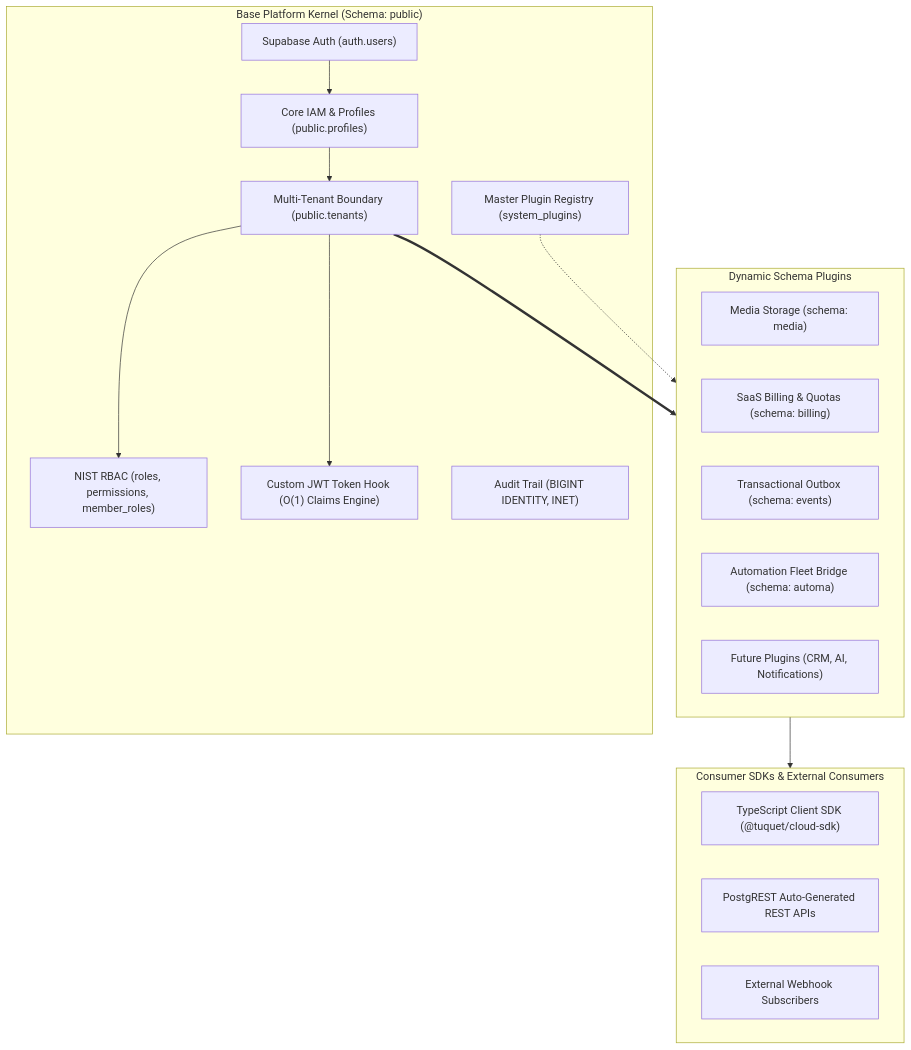
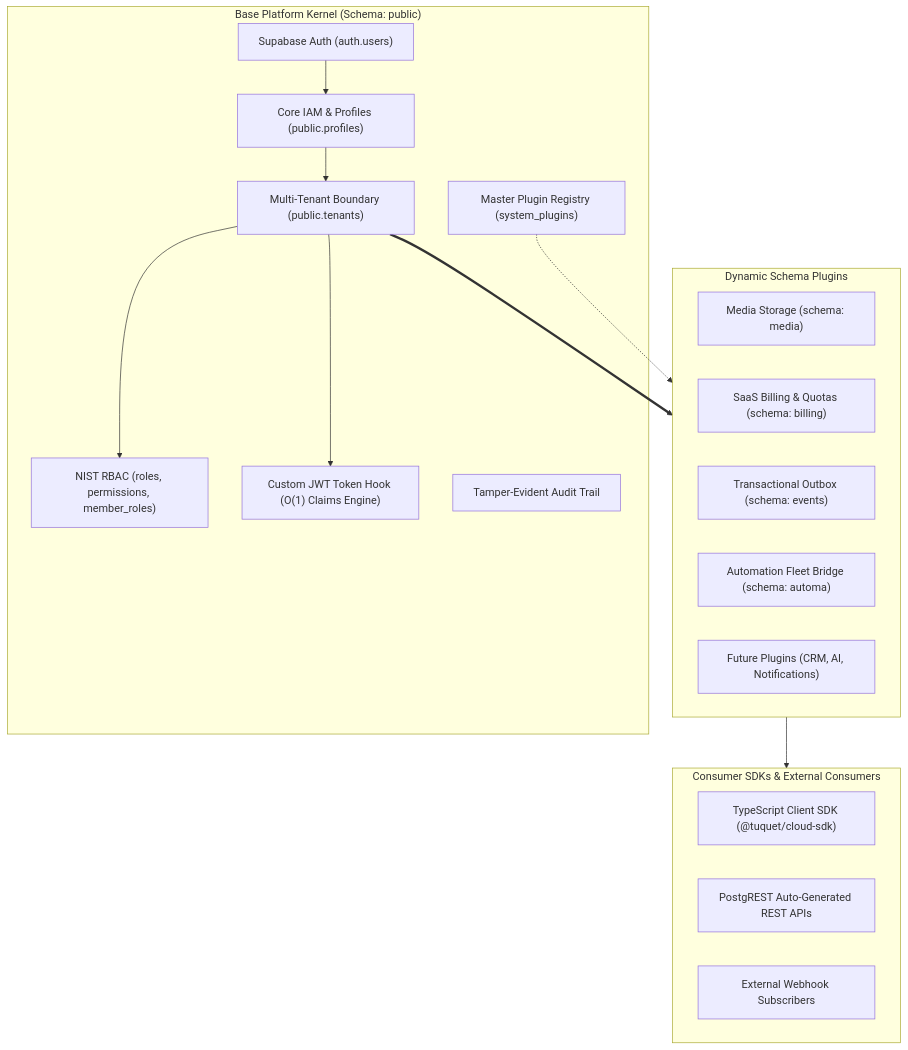
The diagram in ROADMAP.md (tuquet/cloud), drawn with Mermaid before and after one commit. The commit also changed other lines of this file, not shown here.

Commit message:
docs: refine security phrasing in roadmap to business-centric outcomes

````diff
--- a/ROADMAP.md
+++ b/ROADMAP.md
@@ -10,32 +10,32 @@
 ```mermaid
 flowchart TD
     subgraph CORE["Base Platform Kernel (Schema: public)"]
         AUTH["Supabase Auth (auth.users)"]
         IAM["Core IAM & Profiles (public.profiles)"]
         TENANTS["Multi-Tenant Boundary (public.tenants)"]
         RBAC["NIST RBAC (roles, permissions, member_roles)"]
         JWT["Custom JWT Token Hook (O(1) Claims Engine)"]
-        AUDIT["Audit Trail (BIGINT IDENTITY, INET)"]
+        AUDIT["Tamper-Evident Audit Trail"]
         REGISTRY["Master Plugin Registry (system_plugins)"]
     end
 
     subgraph PLUGINS["Dynamic Schema Plugins"]
         MEDIA["Media Storage (schema: media)"]
         BILLING["SaaS Billing & Quotas (schema: billing)"]
         EVENTS["Transactional Outbox (schema: events)"]
         AUTOMA["Automation Fleet Bridge (schema: automa)"]
         CUSTOM["Future Plugins (CRM, AI, Notifications)"]
     end
 
     subgraph CLIENTS["Consumer SDKs & External Consumers"]
         TS_SDK["TypeScript Client SDK (@tuquet/cloud-sdk)"]
         REST["PostgREST Auto-Generated REST APIs"]
         WEBHOOKS["External Webhook Subscribers"]
     end
 
     AUTH --> IAM --> TENANTS --> RBAC
     TENANTS --> JWT
     TENANTS ==> PLUGINS
     REGISTRY -.-> PLUGINS
     PLUGINS --> CLIENTS
 ```
````
